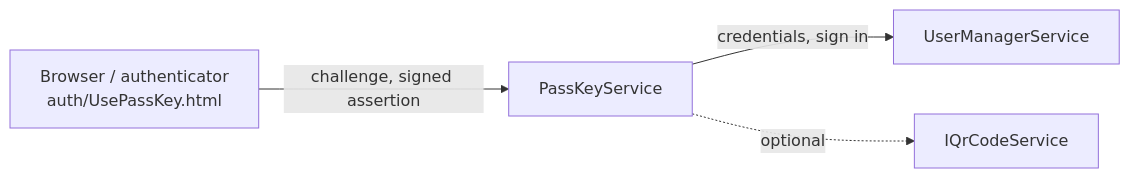
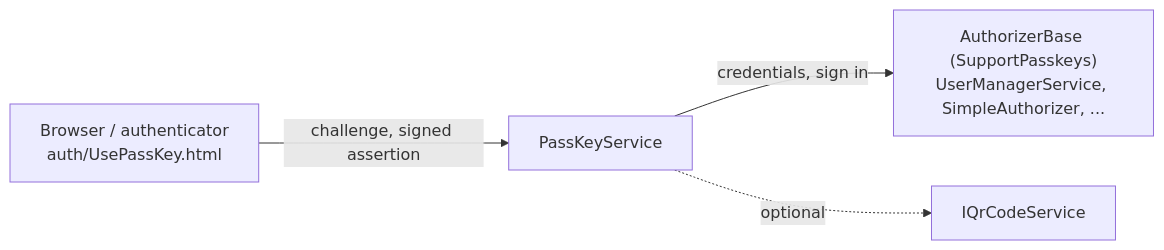
The diagram in SysWeaver.MicroService.PassKey/README.md (dosh1974/SysWeaver), drawn with Mermaid before and after one commit. The commit also changed other lines of this file and 424 other files, not shown here.

Commit message:
Boosted security. This invalidates all stored password (simple in text files, user manager in db) and API keys.

````diff
--- a/SysWeaver.MicroService.PassKey/README.md
+++ b/SysWeaver.MicroService.PassKey/README.md
@@ -18,6 +18,6 @@
 ```mermaid
 flowchart LR
   B["Browser / authenticator<br/>auth/UsePassKey.html"] -->|"challenge, signed assertion"| P["PassKeyService"]
-  P -->|"credentials, sign in"| UM["UserManagerService"]
+  P -->|"credentials, sign in"| A["AuthorizerBase (SupportPasskeys)<br/>UserManagerService, SimpleAuthorizer, ..."]
   P -.->|optional| QR["IQrCodeService"]
 ```
````
